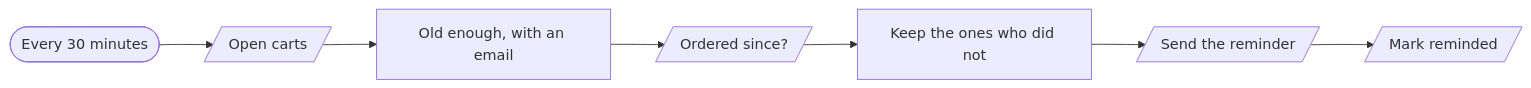
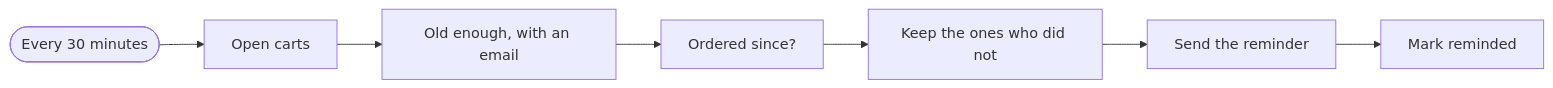
Before and after one commit to kimjoshuadr/n8n-workflows: the third of 3 diagrams in systems/order-ops/README.md, drawn with Mermaid. The commit also changed other lines of this file and 184 other files, not shown here.

Commit message:
Finish the move to named platforms: blocks, BambooHR, generated README, schema and platform marks

````diff
--- a/systems/order-ops/README.md
+++ b/systems/order-ops/README.md
@@ -140,16 +127,16 @@
 ```mermaid
 flowchart LR
   n1d9t8q0(["Every 30 minutes"])
-  njdsbqc[/"Open carts"/]
+  njdsbqc["Open carts"]
   n1n8az33["Old enough, with an email"]
-  nqxmvr3[/"Ordered since?"/]
+  nqxmvr3["Ordered since?"]
   n1kbh4g0["Keep the ones who did not"]
-  n1uukhhu[/"Send the reminder"/]
-  n1absg40[/"Mark reminded"/]
+  n1uukhhu["Send the reminder"]
+  n1absg40["Mark reminded"]
   n1d9t8q0 --> njdsbqc
   njdsbqc --> n1n8az33
   n1n8az33 --> nqxmvr3
   nqxmvr3 --> n1kbh4g0
   n1kbh4g0 --> n1uukhhu
   n1uukhhu --> n1absg40
 ```
````
